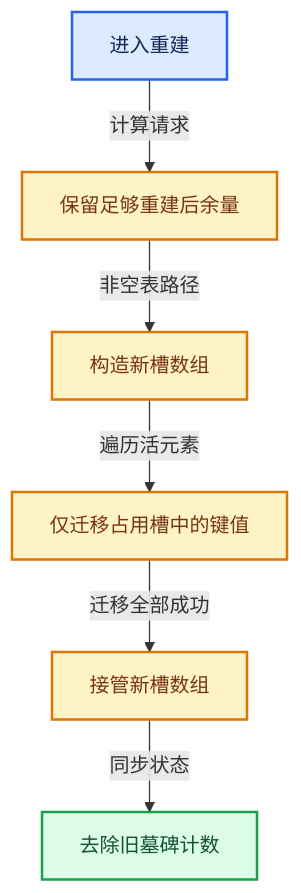
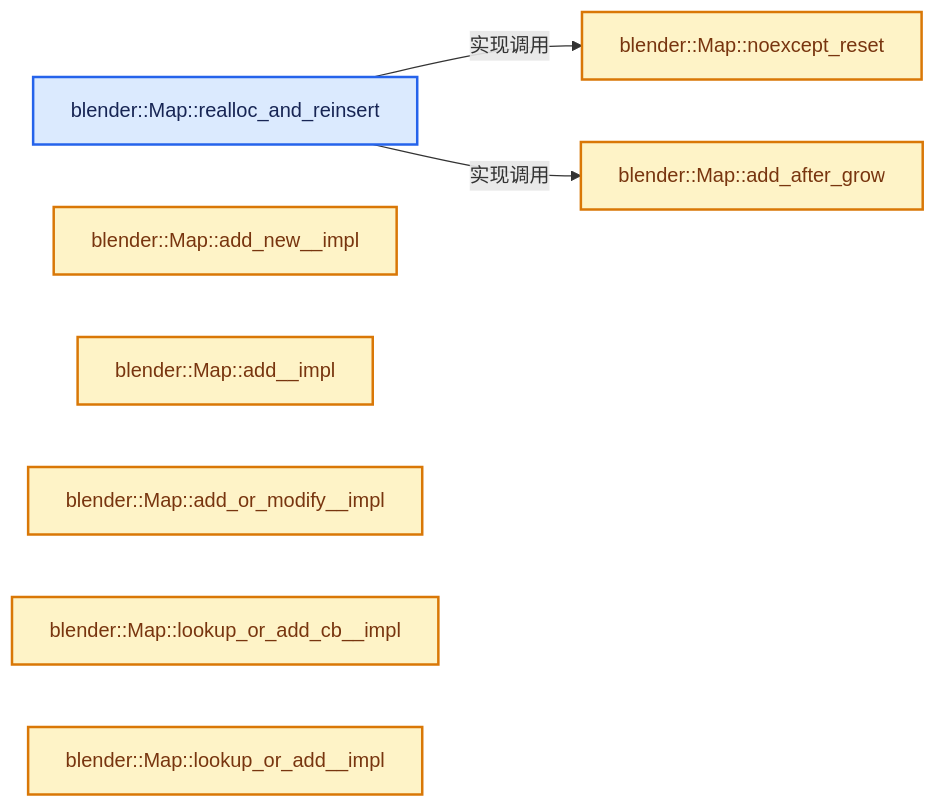
One commit to yunkezengren/blender-.vscode changed the second of 4 diagrams in 杂/markdown/全面学习-codex/02-哈希表与关联数据结构/07-重建与摊还复杂度.md. Above: the diagram before and after it, drawn with Mermaid. The commit also changed other lines of this file and 1930 other files, not shown here.

````diff
--- a/杂/markdown/全面学习-codex/02-哈希表与关联数据结构/07-重建与摊还复杂度.md
+++ b/杂/markdown/全面学习-codex/02-哈希表与关联数据结构/07-重建与摊还复杂度.md
@@ -829,20 +46,19 @@
 ```mermaid
-flowchart TB
-  V0["进入重建"]:::input
-  V1["保留足够重建后余量"]:::compute
-  V2["构造新槽数组"]:::compute
-  V3["仅迁移占用槽中的键值"]:::compute
-  V4["接管新槽数组"]:::compute
-  V5["去除旧墓碑计数"]:::result
-  V0 -->|"计算请求"| V1
-  V1 -->|"非空表路径"| V2
-  V2 -->|"遍历活元素"| V3
-  V3 -->|"迁移全部成功"| V4
-  V4 -->|"同步状态"| V5
+flowchart LR
+  F0["blender::Map::realloc_and_reinsert"]:::input
+  F1["blender::Map::add_after_grow"]:::compute
+  F2["blender::Map::noexcept_reset"]:::compute
+  F3["blender::Map::add_new__impl"]:::compute
+  F4["blender::Map::add__impl"]:::compute
+  F5["blender::Map::add_or_modify__impl"]:::compute
+  F6["blender::Map::lookup_or_add_cb__impl"]:::compute
+  F7["blender::Map::lookup_or_add__impl"]:::compute
+  F0 -->|"实现调用"| F2
+  F0 -->|"实现调用"| F1
   classDef input fill:#DBEAFE,stroke:#2563EB,color:#172554,stroke-width:2px;
   classDef data fill:#CFFAFE,stroke:#0891B2,color:#164E63,stroke-width:2px;
   classDef abstraction fill:#EDE9FE,stroke:#7C3AED,color:#3B0764,stroke-width:2px;
   classDef compute fill:#FEF3C7,stroke:#D97706,color:#78350F,stroke-width:2px;
   classDef result fill:#DCFCE7,stroke:#16A34A,color:#14532D,stroke-width:2px;
   classDef error fill:#FEE2E2,stroke:#DC2626,color:#7F1D1D,stroke-width:2px;
 ```
````
